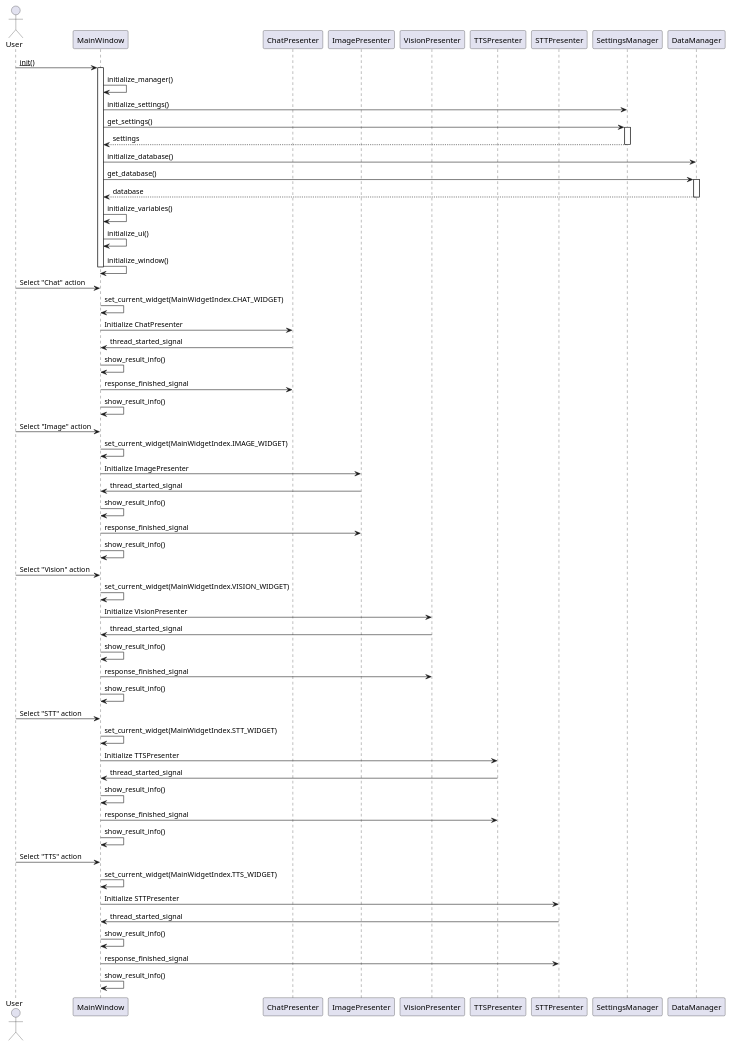
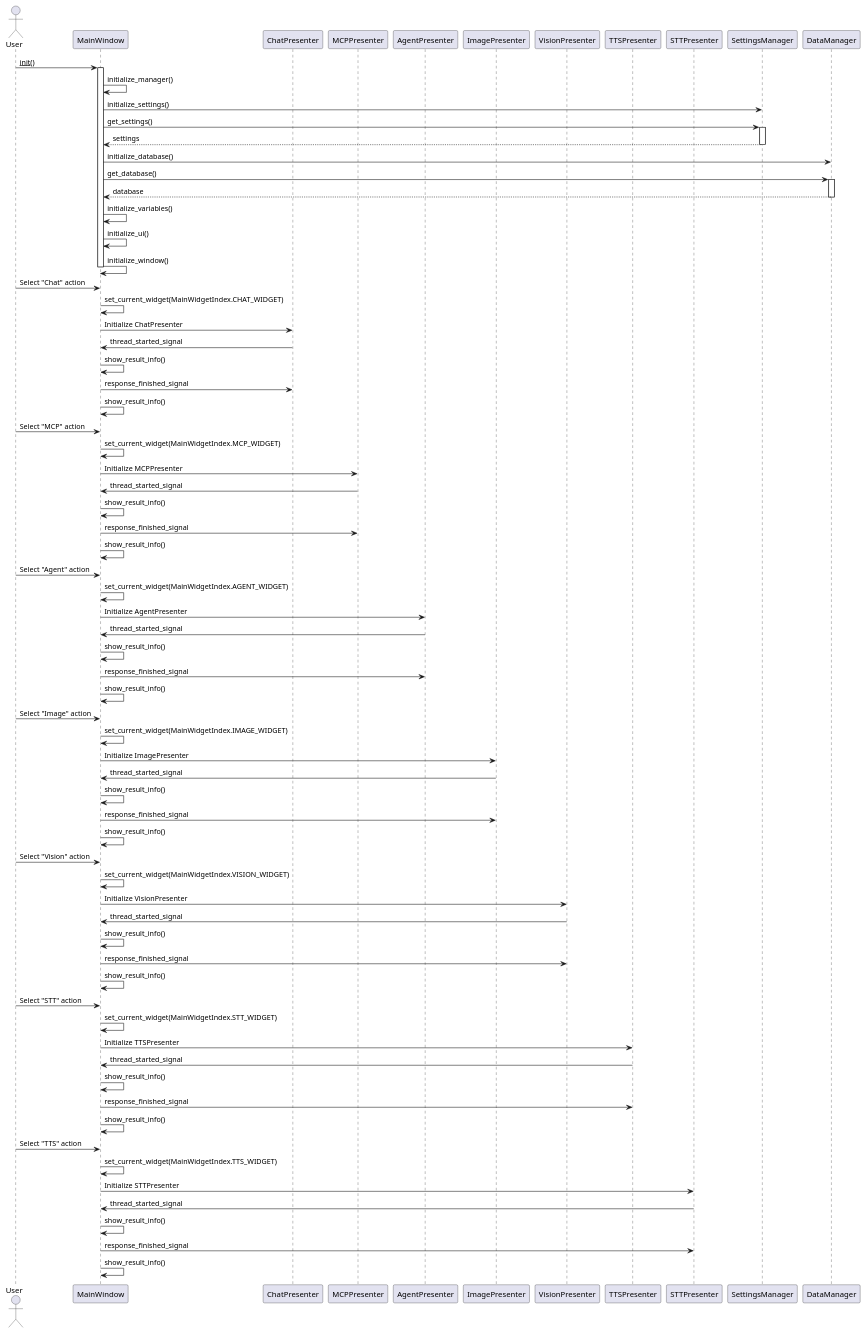
The diagram in uml/main_uml/main_sequence.puml (hyun-yang/MyChatGPT), drawn with PlantUML before and after one commit. The commit also changed 13 other files, not shown here.

Commit message:
Added Gemini MCP Fix sync model bug Added tooltip Updated README.md, README-KR.md, UML

```diff
--- a/uml/main_uml/main_sequence.puml
+++ b/uml/main_uml/main_sequence.puml
@@ -1,69 +1,87 @@
 @startuml
 actor User
 participant MainWindow
 participant ChatPresenter
+participant MCPPresenter
+participant AgentPresenter
 participant ImagePresenter
 participant VisionPresenter
 participant TTSPresenter
 participant STTPresenter
 
 User -> MainWindow: __init__()
 activate MainWindow
 MainWindow -> MainWindow: initialize_manager()
 MainWindow -> SettingsManager: initialize_settings()
 MainWindow -> SettingsManager: get_settings()
 activate SettingsManager
 SettingsManager --> MainWindow: settings
 deactivate SettingsManager
 MainWindow -> DataManager: initialize_database()
 MainWindow -> DataManager: get_database()
 activate DataManager
 DataManager --> MainWindow: database
 deactivate DataManager
 MainWindow -> MainWindow: initialize_variables()
 MainWindow -> MainWindow: initialize_ui()
 MainWindow -> MainWindow: initialize_window()
 deactivate MainWindow
 
 User -> MainWindow: Select "Chat" action
 MainWindow -> MainWindow: set_current_widget(MainWidgetIndex.CHAT_WIDGET)
 MainWindow -> ChatPresenter: Initialize ChatPresenter
 ChatPresenter -> MainWindow: thread_started_signal
 MainWindow -> MainWindow: show_result_info()
 MainWindow -> ChatPresenter: response_finished_signal
+MainWindow -> MainWindow: show_result_info()
+
+User -> MainWindow: Select "MCP" action
+MainWindow -> MainWindow: set_current_widget(MainWidgetIndex.MCP_WIDGET)
+MainWindow -> MCPPresenter: Initialize MCPPresenter
+MCPPresenter -> MainWindow: thread_started_signal
+MainWindow -> MainWindow: show_result_info()
+MainWindow -> MCPPresenter: response_finished_signal
+MainWindow -> MainWindow: show_result_info()
+
+User -> MainWindow: Select "Agent" action
+MainWindow -> MainWindow: set_current_widget(MainWidgetIndex.AGENT_WIDGET)
+MainWindow -> AgentPresenter: Initialize AgentPresenter
+AgentPresenter -> MainWindow: thread_started_signal
+MainWindow -> MainWindow: show_result_info()
+MainWindow -> AgentPresenter: response_finished_signal
 MainWindow -> MainWindow: show_result_info()
 
 User -> MainWindow: Select "Image" action
 MainWindow -> MainWindow: set_current_widget(MainWidgetIndex.IMAGE_WIDGET)
 MainWindow -> ImagePresenter: Initialize ImagePresenter
 ImagePresenter -> MainWindow: thread_started_signal
 MainWindow -> MainWindow: show_result_info()
 MainWindow -> ImagePresenter: response_finished_signal
 MainWindow -> MainWindow: show_result_info()
 
 User -> MainWindow: Select "Vision" action
 MainWindow -> MainWindow: set_current_widget(MainWidgetIndex.VISION_WIDGET)
 MainWindow -> VisionPresenter: Initialize VisionPresenter
 VisionPresenter -> MainWindow: thread_started_signal
 MainWindow -> MainWindow: show_result_info()
 MainWindow -> VisionPresenter: response_finished_signal
 MainWindow -> MainWindow: show_result_info()
 
 User -> MainWindow: Select "STT" action
 MainWindow -> MainWindow: set_current_widget(MainWidgetIndex.STT_WIDGET)
 MainWindow -> TTSPresenter: Initialize TTSPresenter
 TTSPresenter -> MainWindow: thread_started_signal
 MainWindow -> MainWindow: show_result_info()
 MainWindow -> TTSPresenter: response_finished_signal
 MainWindow -> MainWindow: show_result_info()
 
 User -> MainWindow: Select "TTS" action
 MainWindow -> MainWindow: set_current_widget(MainWidgetIndex.TTS_WIDGET)
 MainWindow -> STTPresenter: Initialize STTPresenter
 STTPresenter -> MainWindow: thread_started_signal
 MainWindow -> MainWindow: show_result_info()
 MainWindow -> STTPresenter: response_finished_signal
 MainWindow -> MainWindow: show_result_info()
 
 
 @enduml
```
